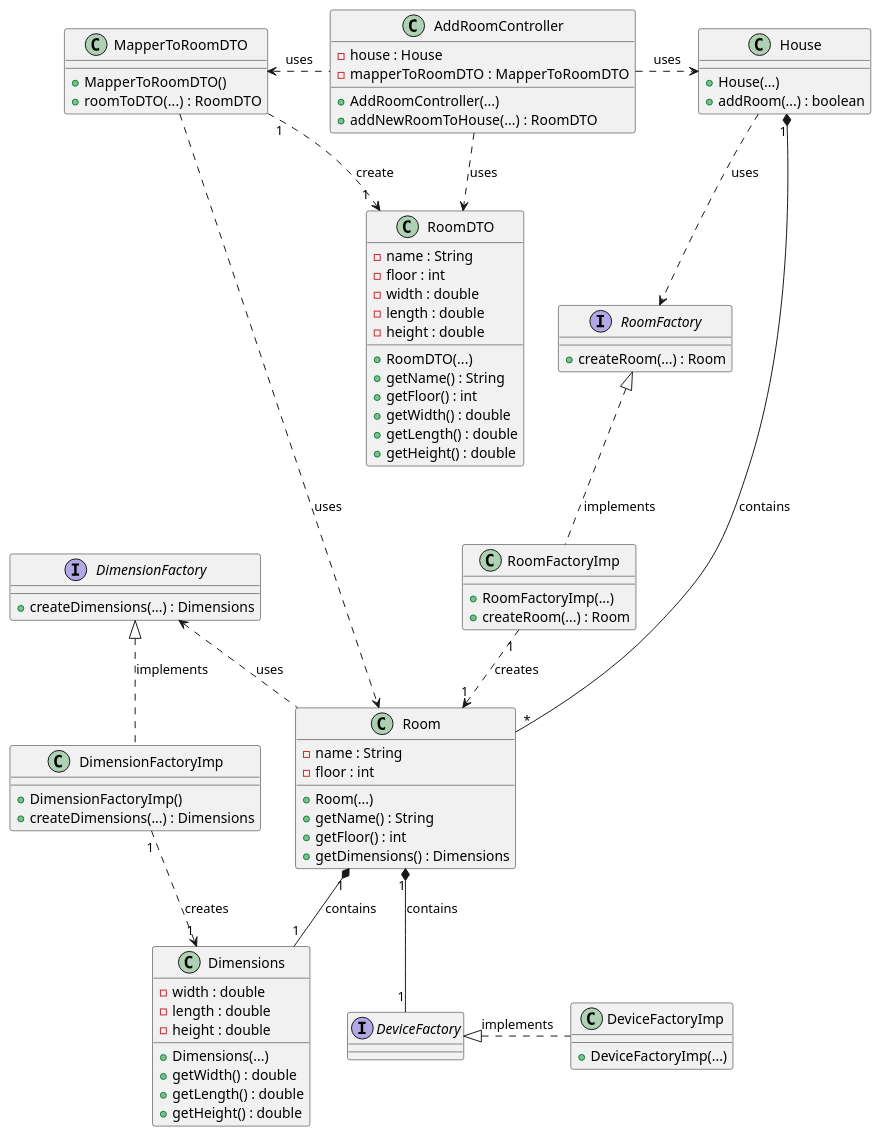
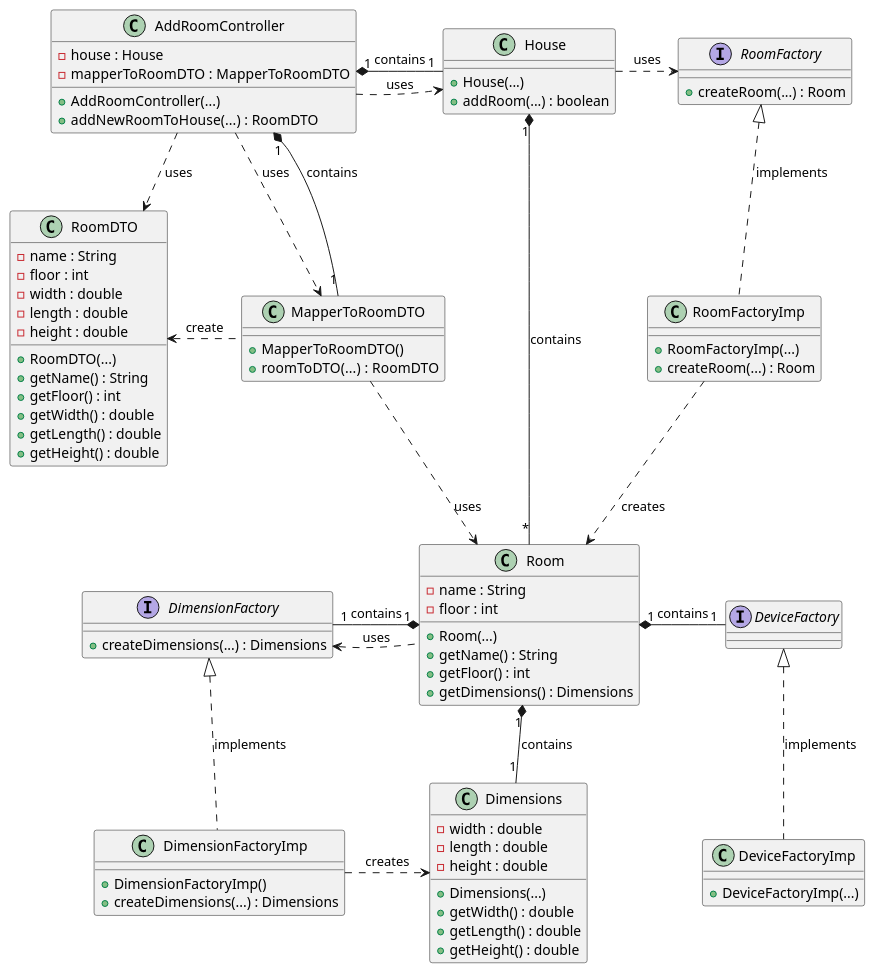
The diagram in projetoIntermedio/docs/class/useCase/UC02/UC02.puml (ozepedrorodrigues/projetoIntermedio), drawn with PlantUML before and after one commit. The commit also changed 4 other files, not shown here.

Commit message:
updated AddRoomController diagrams

```diff
--- a/projetoIntermedio/docs/class/useCase/UC02/UC02.puml
+++ b/projetoIntermedio/docs/class/useCase/UC02/UC02.puml
@@ -1,96 +1,99 @@
 @startuml
 class AddRoomController {
   - house : House
   - mapperToRoomDTO : MapperToRoomDTO
   + AddRoomController(...)
   + addNewRoomToHouse(...) : RoomDTO
 }
 
 class MapperToRoomDTO {
   + MapperToRoomDTO()
   + roomToDTO(...) : RoomDTO
 }
 
 class RoomFactoryImp {
   + RoomFactoryImp(...)
   + createRoom(...) : Room
 }
 
 class DimensionFactoryImp {
   + DimensionFactoryImp()
   + createDimensions(...) : Dimensions
 }
 
 interface RoomFactory {
   + createRoom(...) : Room
 }
 interface DimensionFactory {
   + createDimensions(...) : Dimensions
 }
 interface DeviceFactory {
 }
 
 class DeviceFactoryImp {
   + DeviceFactoryImp(...)
 }
 
 
 class House {
   + House(...)
   + addRoom(...) : boolean
 }
 
 class Room {
   - name : String
   - floor : int
   + Room(...)
   + getName() : String
   + getFloor() : int
   + getDimensions() : Dimensions
 }
 
 class Dimensions {
   - width : double
   - length : double
   - height : double
 
   + Dimensions(...)
   + getWidth() : double
   + getLength() : double
   + getHeight() : double
 }
 
 class RoomDTO {
   - name : String
   - floor : int
   - width : double
   - length : double
   - height : double
 
   + RoomDTO(...)
   + getName() : String
   + getFloor() : int
   + getWidth() : double
   + getLength() : double
   + getHeight() : double
 }
 
-AddRoomController .left.> MapperToRoomDTO : uses
-MapperToRoomDTO "1" ..> "1  " RoomDTO : create
-MapperToRoomDTO ..> Room : uses
+AddRoomController .down.> MapperToRoomDTO : uses
+AddRoomController "1" *-down- "1" MapperToRoomDTO : contains
+AddRoomController ..> RoomDTO : uses
+AddRoomController .right.> House : uses
+AddRoomController "1" *-right- "1" House : contains
+MapperToRoomDTO .left.> RoomDTO : create
+MapperToRoomDTO .down.> Room : uses
 RoomFactory <|.. RoomFactoryImp : implements
+RoomFactoryImp ..> Room : creates
+House "1" *--"*" Room : contains
+House .right.> RoomFactory : uses
 Room "1" *-- "1" Dimensions : contains
-Room "1" *-- "1" DeviceFactory: contains
-RoomFactoryImp "1" ..> "1" Room : creates
-
-House "1" *--"*" Room : contains
-AddRoomController .right.> House : uses
-AddRoomController ..> RoomDTO : uses
+Room "1" *-right- "1" DeviceFactory: contains
+Room "1" *-- "1" DimensionFactory : contains
 Room .left.> DimensionFactory : uses
 DimensionFactory <|.. DimensionFactoryImp : implements
-DimensionFactoryImp "1" ..> "1" Dimensions : creates
-House ..> RoomFactory : uses
-DeviceFactory <|.right. DeviceFactoryImp : implements
+DimensionFactoryImp .right.> Dimensions : creates
+DeviceFactory <|.down. DeviceFactoryImp : implements
+
 
 
 @enduml
```
